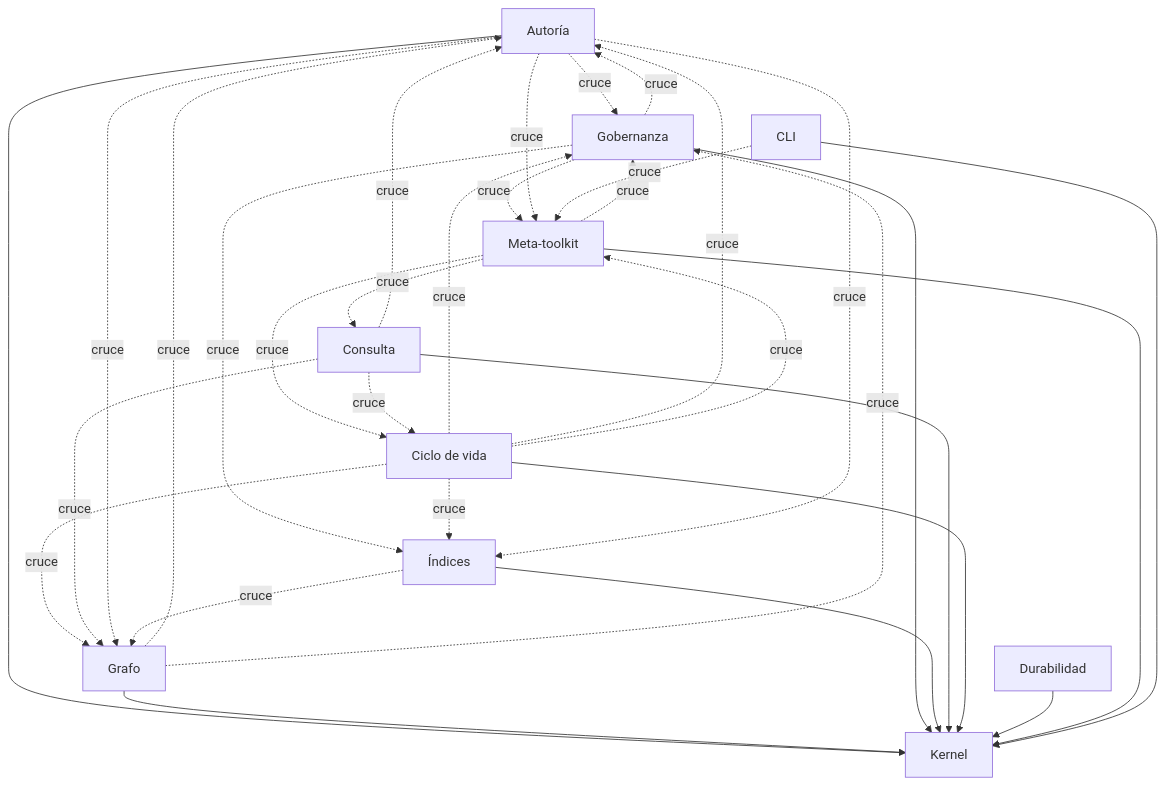
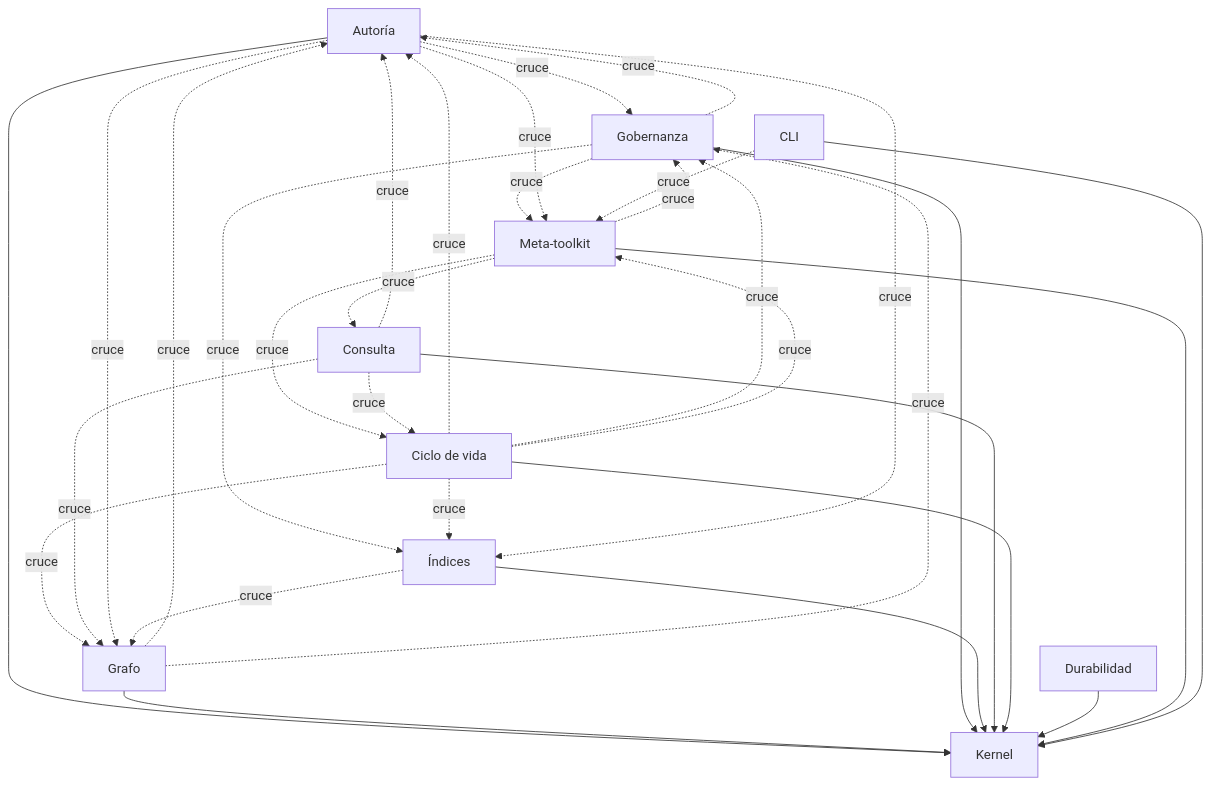
One commit to devcicm/Vault-Obsidian-Architecture changed the diagram in docs/ARQUITECTURA.md. Above: the diagram before and after it, drawn with Mermaid. The commit also changed other lines of this file and 4 other files, not shown here.

````diff
--- a/docs/ARQUITECTURA.md
+++ b/docs/ARQUITECTURA.md
@@ -17,44 +17,44 @@
 ```mermaid
 graph TD
     kernel["Kernel"]
     autoria["Autoría"]
     grafo["Grafo"]
     gobernanza["Gobernanza"]
     indices["Índices"]
     consulta["Consulta"]
     ciclo_de_vida["Ciclo de vida"]
     durabilidad["Durabilidad"]
     meta_toolkit["Meta-toolkit"]
     cli["CLI"]
     autoria --> kernel
     grafo --> kernel
     gobernanza --> kernel
     indices --> kernel
     consulta --> kernel
     ciclo_de_vida --> kernel
     durabilidad --> kernel
     meta_toolkit --> kernel
     cli --> kernel
     meta_toolkit -.->|cruce| gobernanza
     autoria -.->|cruce| gobernanza
     grafo -.->|cruce| autoria
     consulta -.->|cruce| autoria
     meta_toolkit -.->|cruce| consulta
     gobernanza -.->|cruce| meta_toolkit
     gobernanza -.->|cruce| indices
     gobernanza -.->|cruce| autoria
-    ciclo_de_vida -.->|cruce| gobernanza
     ciclo_de_vida -.->|cruce| indices
     ciclo_de_vida -.->|cruce| autoria
     ciclo_de_vida -.->|cruce| grafo
+    ciclo_de_vida -.->|cruce| gobernanza
     meta_toolkit -.->|cruce| ciclo_de_vida
     ciclo_de_vida -.->|cruce| meta_toolkit
     consulta -.->|cruce| grafo
     autoria -.->|cruce| meta_toolkit
     autoria -.->|cruce| indices
     cli -.->|cruce| meta_toolkit
     autoria -.->|cruce| grafo
     consulta -.->|cruce| ciclo_de_vida
     grafo -.->|cruce| gobernanza
     indices -.->|cruce| grafo
 ```
````
